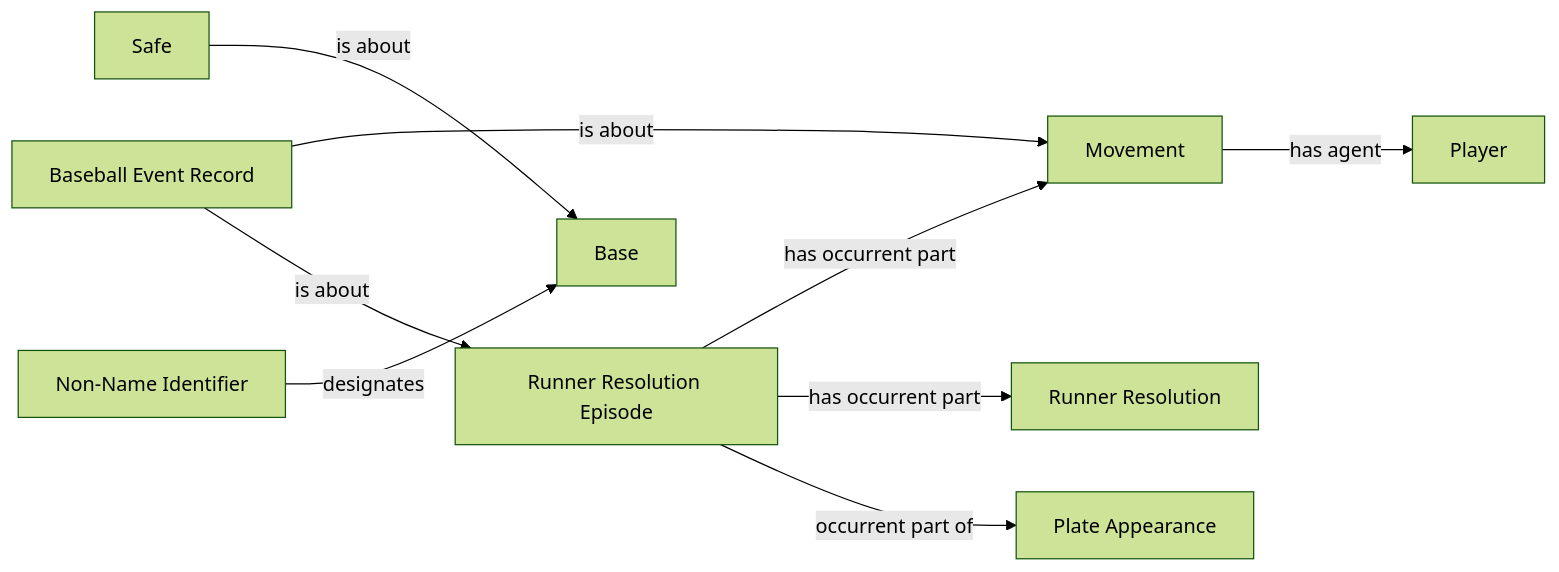
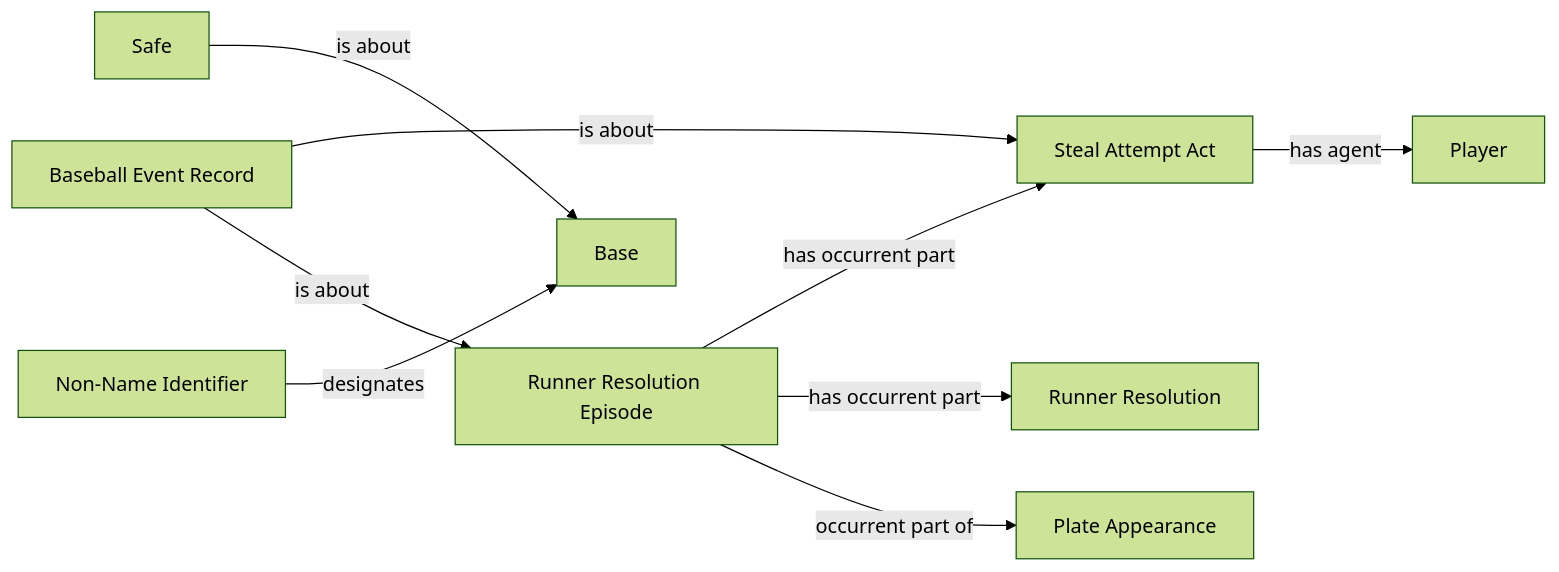
One commit to CarterBeauBenson/BaseballO changed the diagram in Baseball/mermaid/patterns/ontology/62-runner-structural-pattern.md. Above: the diagram before and after it, drawn with Mermaid (forest theme). The commit also changed other lines of this file and 159 other files, not shown here.

````diff
--- a/Baseball/mermaid/patterns/ontology/62-runner-structural-pattern.md
+++ b/Baseball/mermaid/patterns/ontology/62-runner-structural-pattern.md
@@ -10,20 +10,20 @@
 ```mermaid
 flowchart LR
     N01["Safe"]
     N02["Plate Appearance"]
-    N03["Movement"]
+    N03["Steal Attempt Act"]
     N04["Runner Resolution Episode"]
     N05["Baseball Event Record"]
     N06["Runner Resolution"]
     N07["Player"]
     N08["Base"]
     N09["Non-Name Identifier"]
     N01 -->|is about| N08
     N03 -->|has agent| N07
     N04 -->|has occurrent part| N03
     N04 -->|has occurrent part| N06
     N04 -->|occurrent part of| N02
     N05 -->|is about| N03
     N05 -->|is about| N04
     N09 -->|designates| N08
 ```
````
